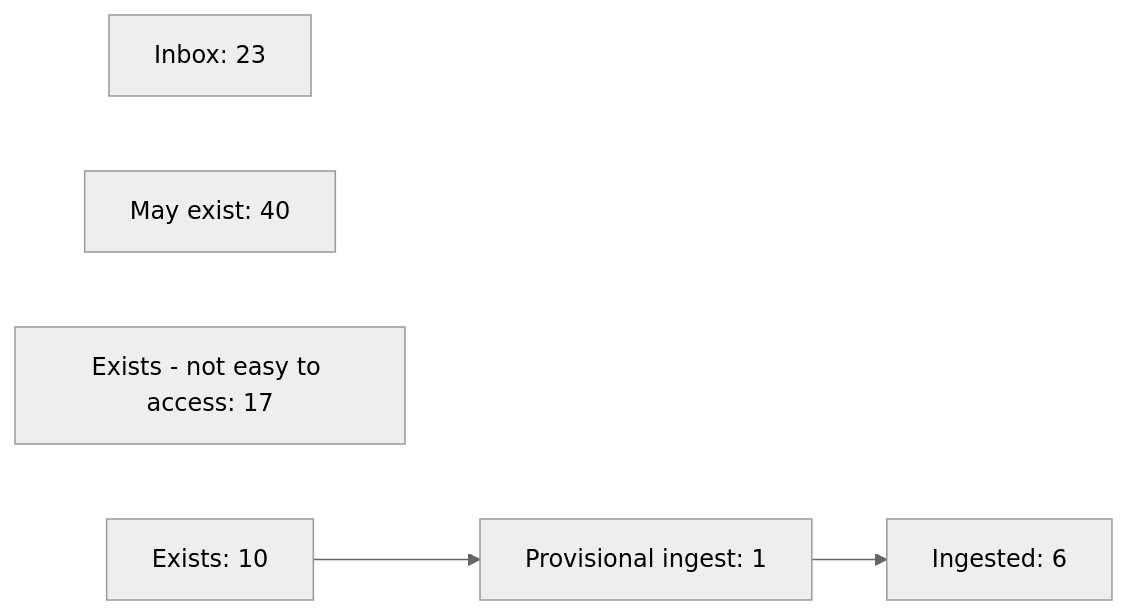
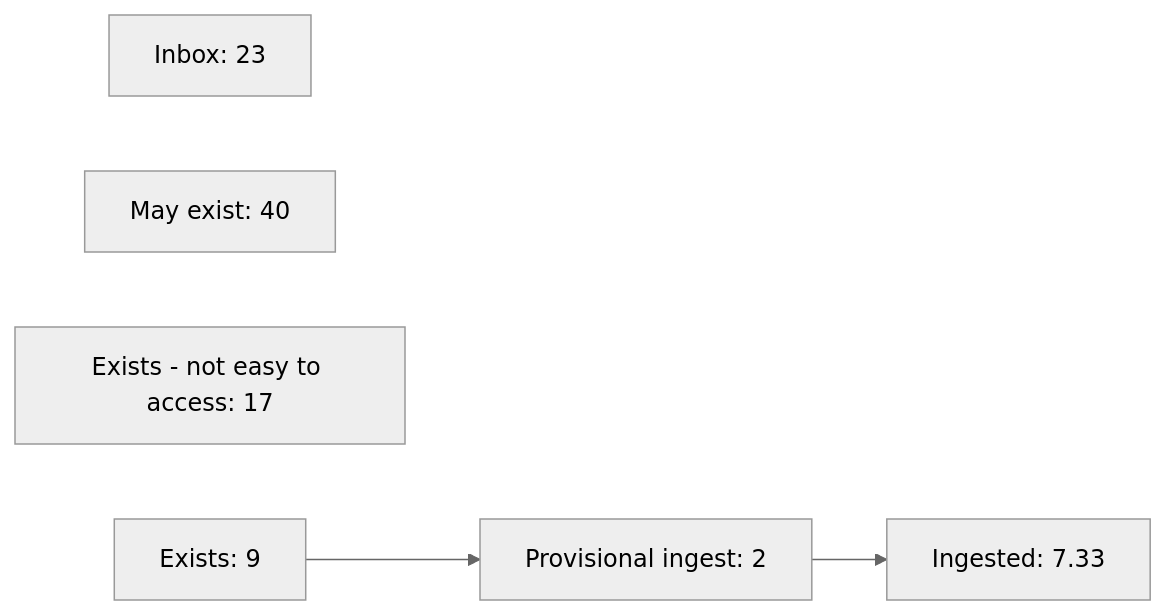
Before and after one commit to OpenPKCommons/OPKC: the diagram in README.md, drawn with Mermaid (neutral theme). The commit also changed 1 other file, not shown here.

Commit message:
updating readmes with ingesting progress

````diff
--- a/README.md
+++ b/README.md
@@ -52,10 +52,10 @@
 ```mermaid
 graph LR
 	inbox[Inbox: 23]
 	mayexist[May exist: 40]
 	denea[Exists - not easy to access: 17]
-	exists[Exists: 10]
-	provingest[Provisional ingest: 1]
-	ingested[Ingested: 6]
+	exists[Exists: 9]
+	provingest[Provisional ingest: 2]
+	ingested[Ingested: 7.33]
 	exists --> provingest --> ingested
 ```
````
